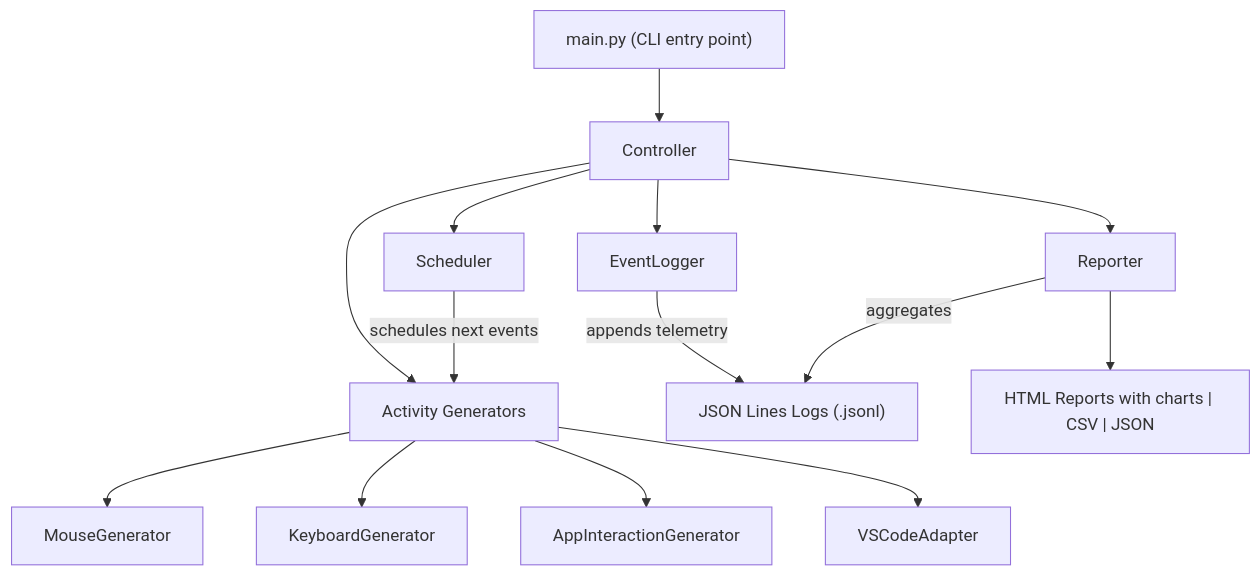
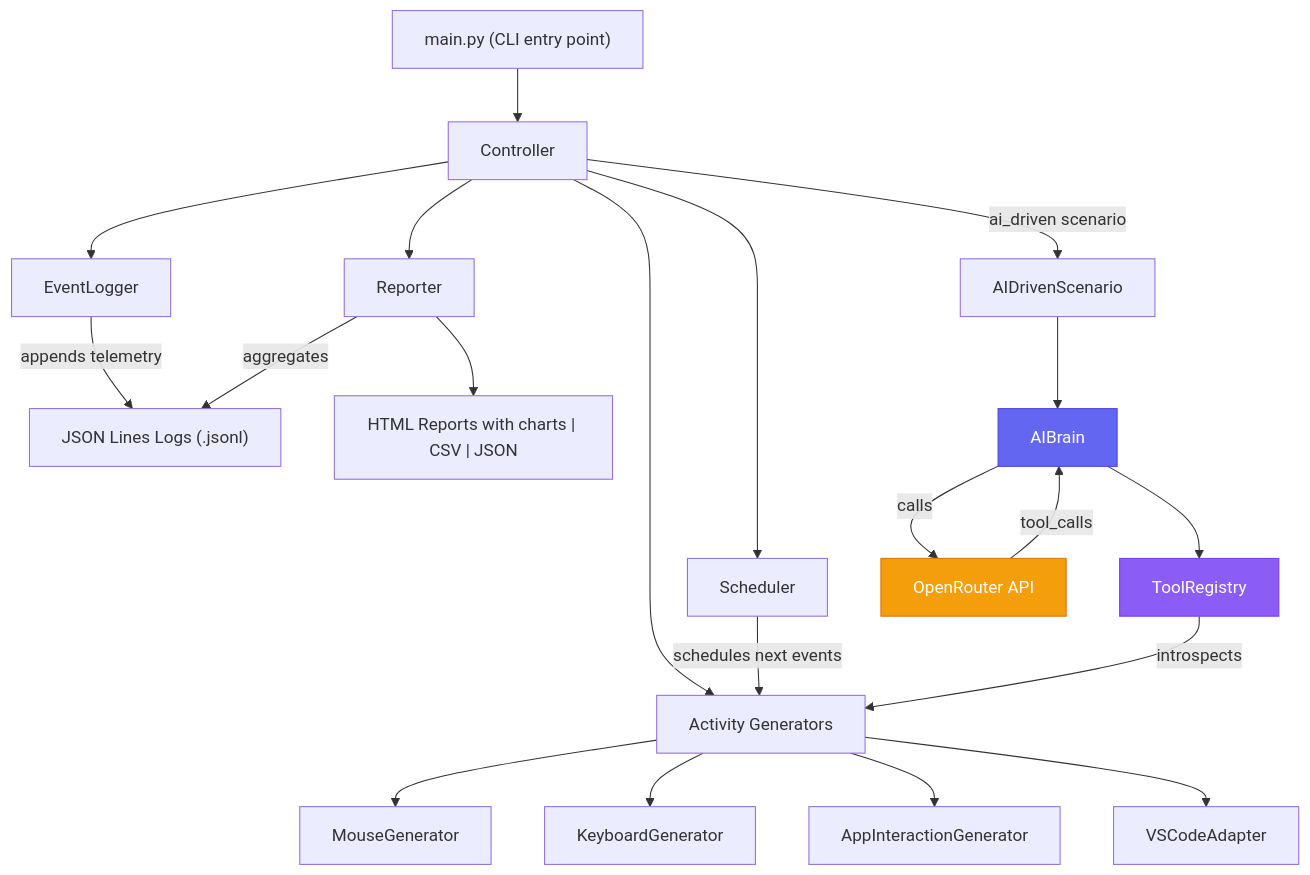
One commit to gautamhitesh/jiggler changed the diagram in README.md. Above: the diagram before and after it, drawn with Mermaid. The commit also changed other lines of this file and 19 other files, not shown here.

Commit message:
feat: implement AI-driven simulation engine with scenario testing and automated action registry

````diff
--- a/README.md
+++ b/README.md
@@ -48,18 +48,29 @@
 ```mermaid
 graph TD
     A["main.py (CLI entry point)"] --> B["Controller"]
     B --> C["Scheduler"]
     B --> D["Activity Generators"]
     B --> E["EventLogger"]
     B --> F["Reporter"]
     
     D --> G["MouseGenerator"]
     D --> H["KeyboardGenerator"]
     D --> I["AppInteractionGenerator"]
     D --> J["VSCodeAdapter"]
     
     C -->|"schedules next events"| D
     E -->|"appends telemetry"| K["JSON Lines Logs (.jsonl)"]
     F -->|"aggregates"| K
     F --> L["HTML Reports with charts | CSV | JSON"]
+
+    B -->|"ai_driven scenario"| M["AIDrivenScenario"]
+    M --> N["AIBrain"]
+    N --> O["ToolRegistry"]
+    O -->|"introspects"| D
+    N -->|"calls"| P["OpenRouter API"]
+    P -->|"tool_calls"| N
+
+    style N fill:#6366f1,stroke:#4f46e5,color:#fff
+    style P fill:#f59e0b,stroke:#d97706,color:#fff
+    style O fill:#8b5cf6,stroke:#7c3aed,color:#fff
 ```
````
